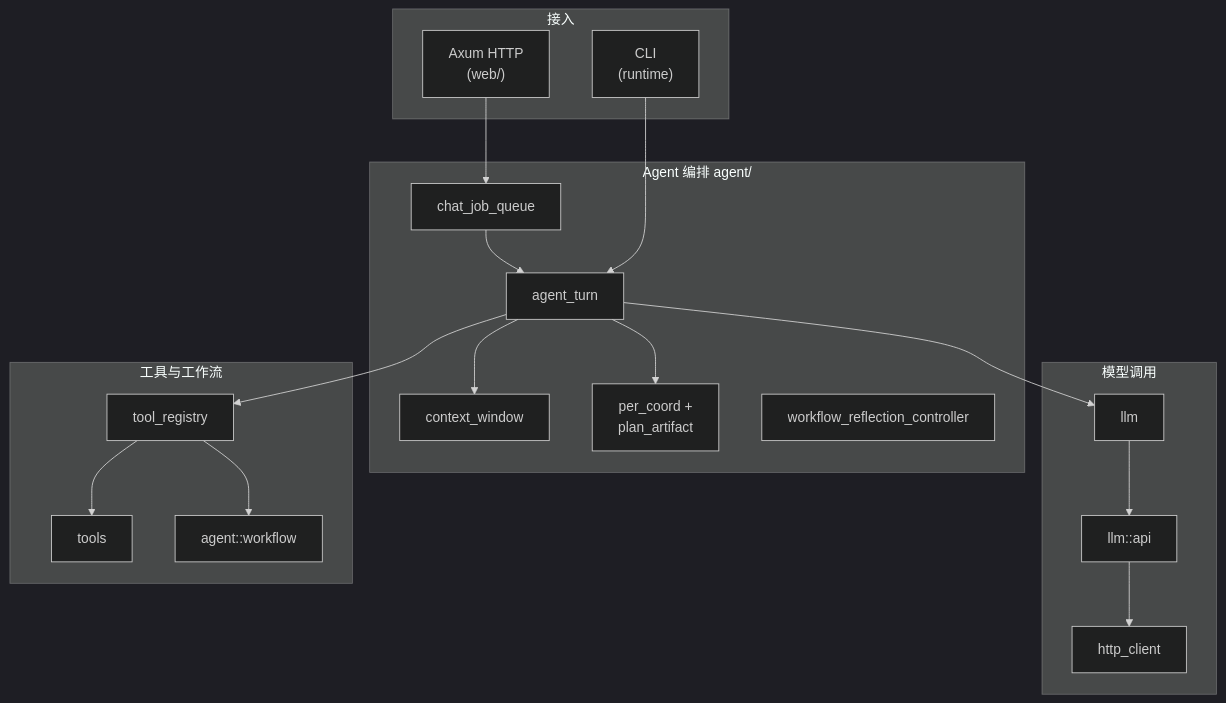
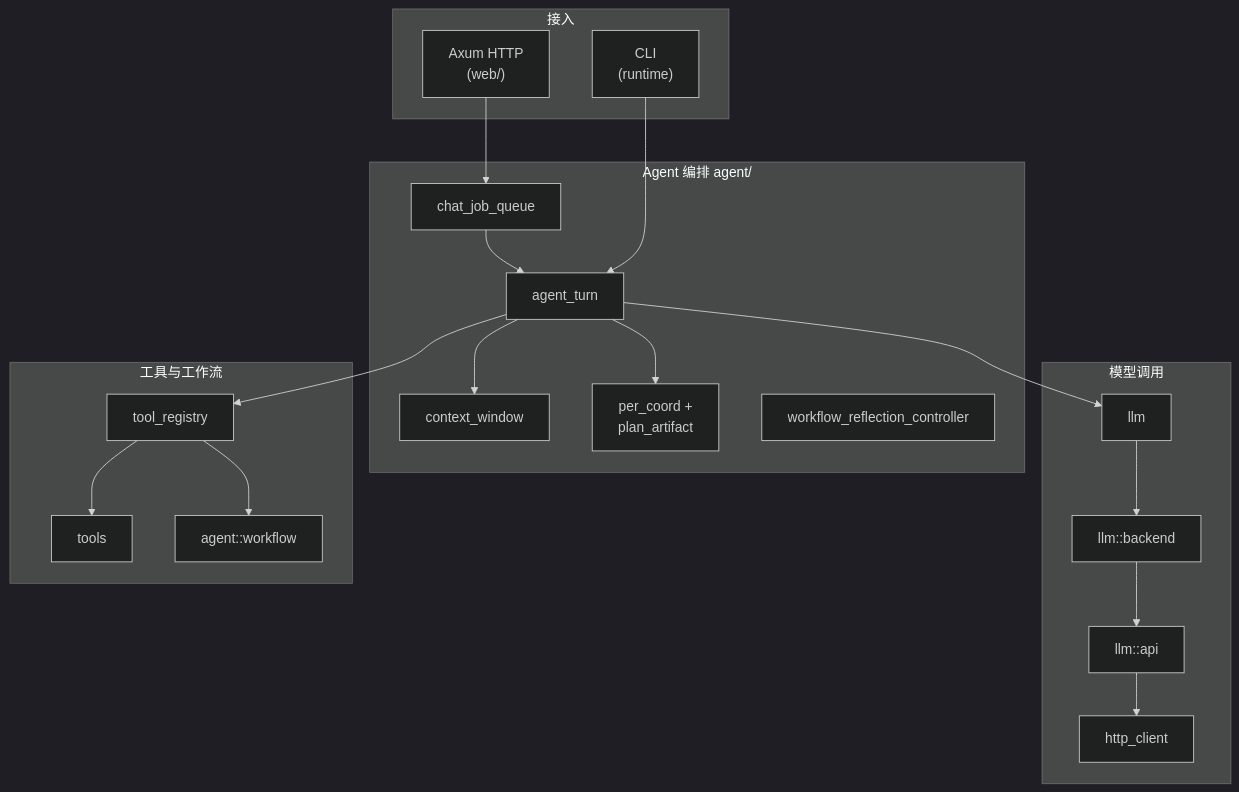
Before and after one commit to noisystreet/CrabMate: the first of 2 diagrams in docs/DEVELOPMENT.md, drawn with Mermaid (dark theme). The commit also changed other lines of this file and 12 other files, not shown here.

Commit message:
feat(llm): ChatCompletionsBackend 可插拔与 run_agent_turn 注入 / pluggable LLM backend and RunAgentTurnParams hook

````diff
--- a/docs/DEVELOPMENT.md
+++ b/docs/DEVELOPMENT.md
@@ -34,35 +34,37 @@
 ```mermaid
 flowchart TB
   subgraph entry [接入]
     WEB["Axum HTTP\n(web/)"]
     CLI["CLI\n(runtime)"]
   end
   subgraph agent [Agent 编排 agent/]
     Q[chat_job_queue]
     AT[agent_turn]
     CW[context_window]
     PC["per_coord +\nplan_artifact"]
     WRC[workflow_reflection_controller]
   end
   subgraph model [模型调用]
     HC[http_client]
     LLM[llm]
+    BE[llm::backend]
     API[llm::api]
   end
   subgraph exec [工具与工作流]
     TR[tool_registry]
     TS[tools]
     WF[agent::workflow]
   end
   WEB --> Q
   Q --> AT
   CLI --> AT
   AT --> CW
   AT --> PC
   AT --> LLM
-  LLM --> API
+  LLM --> BE
+  BE --> API
   API --> HC
   AT --> TR
   TR --> TS
   TR --> WF
 ```
````
